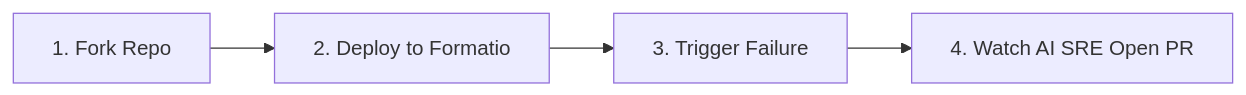
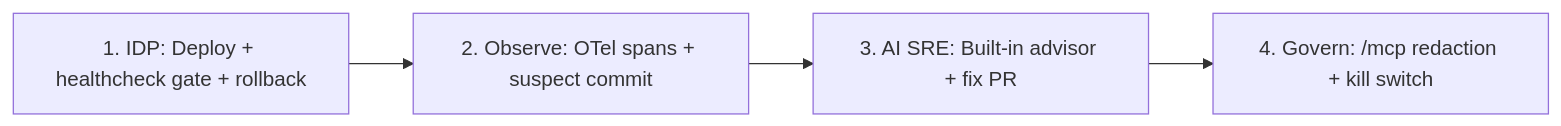
One commit to ibrahim-enejy/formatio-failure-lab changed the diagram in README.md. Above: the diagram before and after it, drawn with Mermaid. The commit also changed other lines of this file and 65 other files, not shown here.

````diff
--- a/README.md
+++ b/README.md
@@ -59,6 +19,6 @@
 ```mermaid
-graph LR
-    Fork["1. Fork Repo"] --> Deploy["2. Deploy to Formatio"]
-    Deploy --> Trigger["3. Trigger Failure"]
-    Trigger --> Fix["4. Watch AI SRE Open PR"]
+flowchart LR
+    Deploy["1. IDP: Deploy + healthcheck gate + rollback"] --> Observe["2. Observe: OTel spans + suspect commit"]
+    Observe --> SRE["3. AI SRE: Built-in advisor + fix PR"]
+    SRE --> Govern["4. Govern: /mcp redaction + kill switch"]
 ```
````
